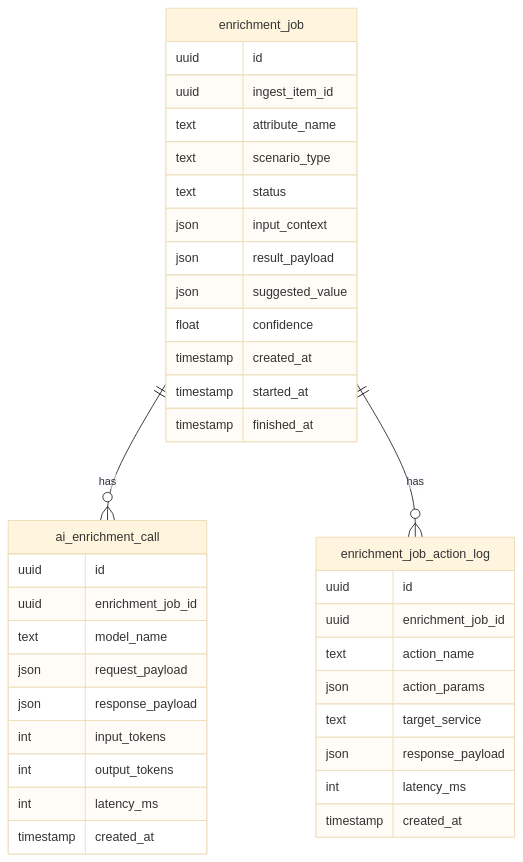
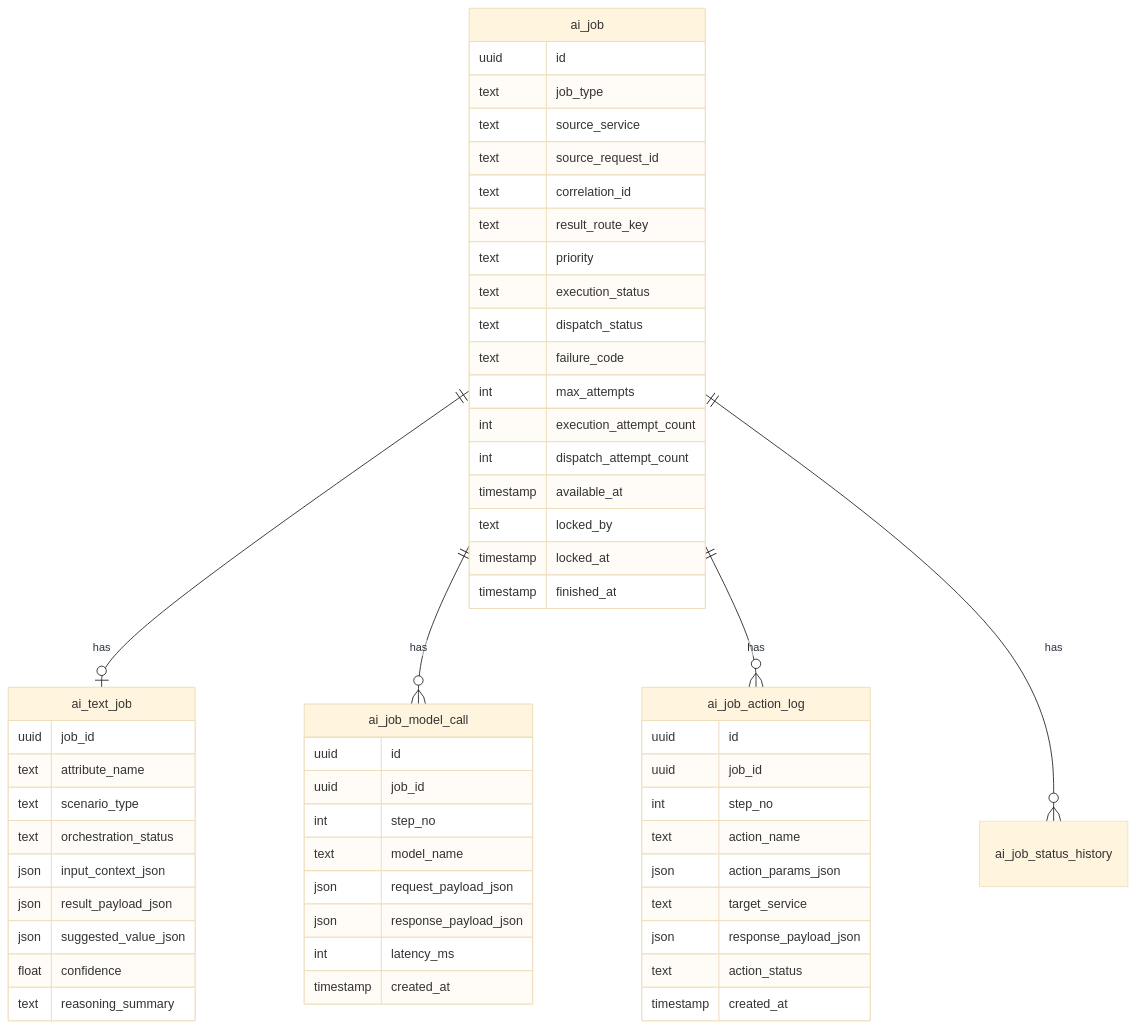
One commit to MafiaCoconut/Monstrino changed the third of 6 diagrams in monstrino-docs/docs/pipelines/data-ingestion/catalog-ingest/04-ai-orchestrator.md. Above: the diagram before and after it, drawn with Mermaid (base theme). The commit also changed other lines of this file and 68 other files, not shown here.

````diff
--- a/monstrino-docs/docs/pipelines/data-ingestion/catalog-ingest/04-ai-orchestrator.md
+++ b/monstrino-docs/docs/pipelines/data-ingestion/catalog-ingest/04-ai-orchestrator.md
@@ -182,44 +128,63 @@
 ```mermaid
 erDiagram
 
-    enrichment_job ||--o{ ai_enrichment_call : has
-    enrichment_job ||--o{ enrichment_job_action_log : has
+    ai_job ||--o| ai_text_job : has
+    ai_job ||--o{ ai_job_model_call : has
+    ai_job ||--o{ ai_job_action_log : has
+    ai_job ||--o{ ai_job_status_history : has
 
-    enrichment_job {
+    ai_job {
         uuid id
-        uuid ingest_item_id
-        text attribute_name
-        text scenario_type
-        text status
-        json input_context
-        json result_payload
-        json suggested_value
-        float confidence
-        timestamp created_at
-        timestamp started_at
+        text job_type
+        text source_service
+        text source_request_id
+        text correlation_id
+        text result_route_key
+        text priority
+        text execution_status
+        text dispatch_status
+        text failure_code
+        int max_attempts
+        int execution_attempt_count
+        int dispatch_attempt_count
+        timestamp available_at
+        text locked_by
+        timestamp locked_at
         timestamp finished_at
     }
 
-    ai_enrichment_call {
+    ai_text_job {
+        uuid job_id
+        text attribute_name
+        text scenario_type
+        text orchestration_status
+        json input_context_json
+        json result_payload_json
+        json suggested_value_json
+        float confidence
+        text reasoning_summary
+    }
+
+    ai_job_model_call {
         uuid id
-        uuid enrichment_job_id
+        uuid job_id
+        int step_no
         text model_name
-        json request_payload
-        json response_payload
-        int input_tokens
-        int output_tokens
+        json request_payload_json
+        json response_payload_json
         int latency_ms
         timestamp created_at
     }
 
-    enrichment_job_action_log {
+    ai_job_action_log {
         uuid id
-        uuid enrichment_job_id
+        uuid job_id
+        int step_no
         text action_name
-        json action_params
+        json action_params_json
         text target_service
-        json response_payload
-        int latency_ms
+        json response_payload_json
+        text action_status
         timestamp created_at
     }
 ```
````
